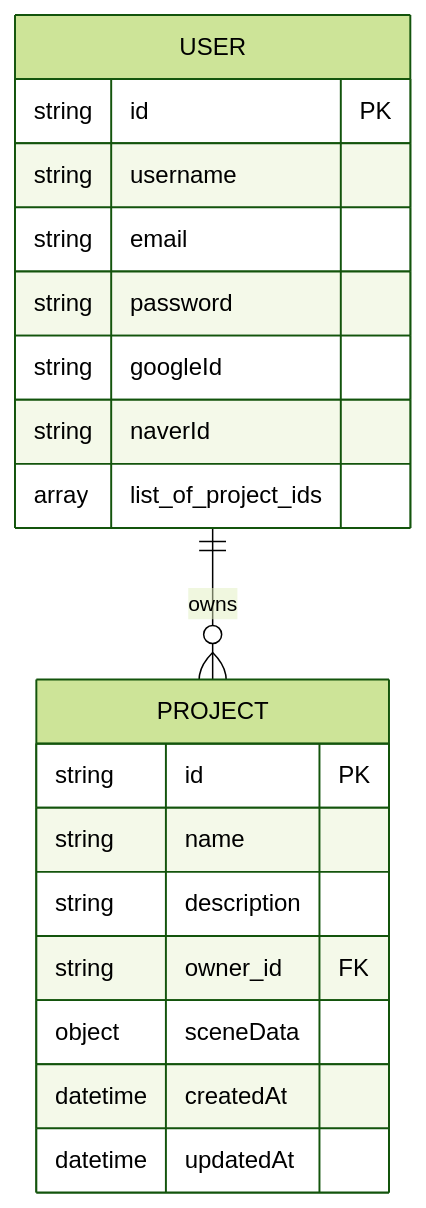
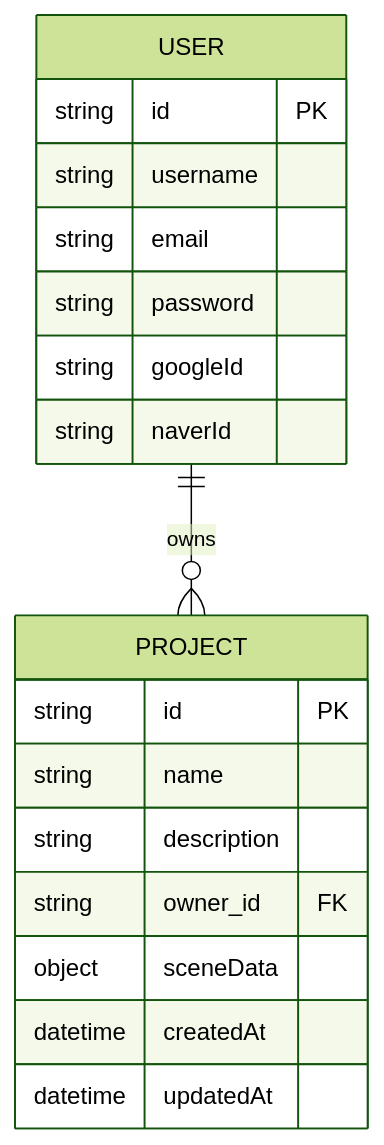
Before and after one commit to kimsman06/lumo-stage: the diagram in PROJECT_DASHBOARD_PLAN.md, drawn with Mermaid (forest theme). The commit also changed other lines of this file, not shown here.

Commit message:
refactor(docs): Update data modeling to unidirectional reference for User-Project

````diff
--- a/PROJECT_DASHBOARD_PLAN.md
+++ b/PROJECT_DASHBOARD_PLAN.md
@@ -17,24 +17,23 @@
 ```mermaid
 erDiagram
     USER {
         string id PK
         string username
         string email
         string password
         string googleId
         string naverId
-        array list_of_project_ids
     }
 
     PROJECT {
         string id PK
         string name
         string description
         string owner_id FK
         object sceneData
         datetime createdAt
         datetime updatedAt
     }
 
     USER ||--o{ PROJECT : "owns"
 ```
````
